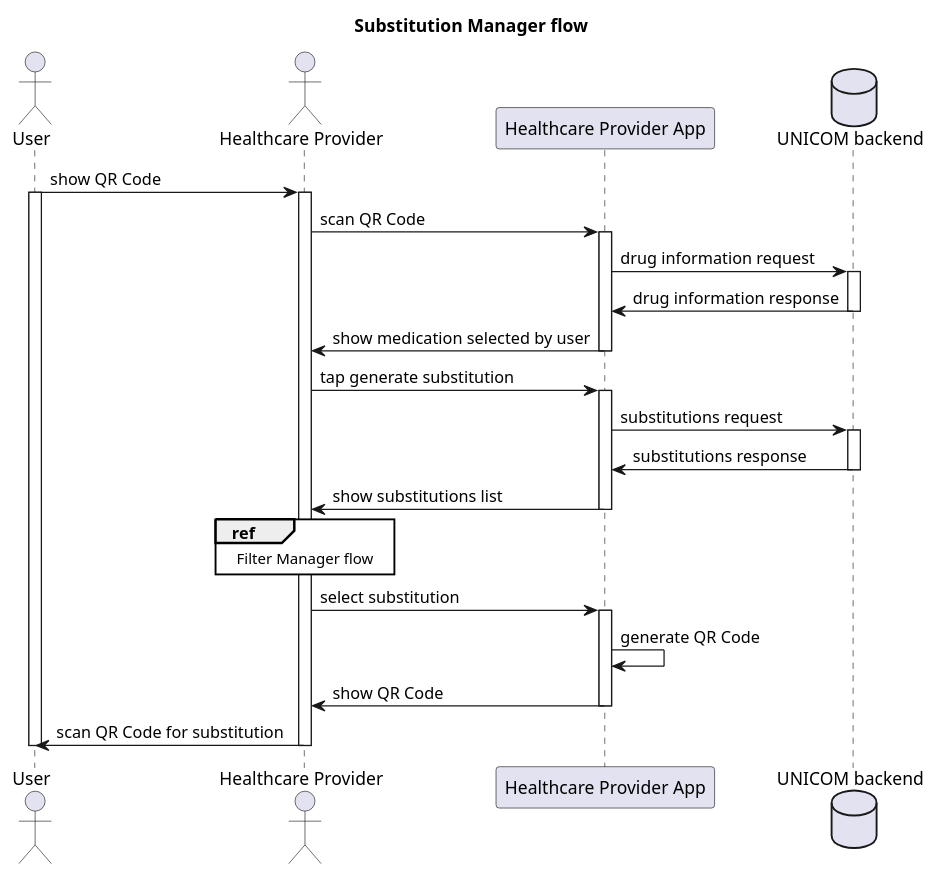
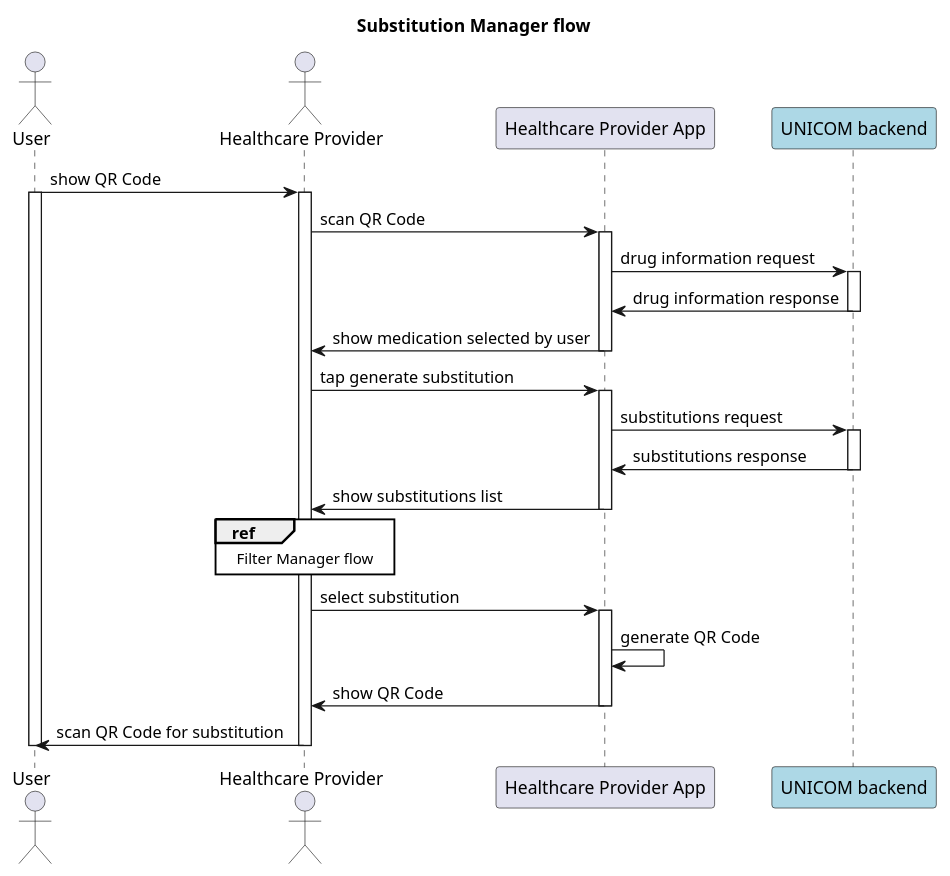
The diagram in uml/flow/substitution_flow.puml (Datawizard-srl/UNICOM_healthcare_provider_app), drawn with PlantUML before and after one commit. The commit also changed 3 other files, not shown here.

Commit message:
fix uml diagrams

```diff
--- a/uml/flow/substitution_flow.puml
+++ b/uml/flow/substitution_flow.puml
@@ -1,45 +1,45 @@
 @startuml
 skinparam sequenceReferenceBackgroundColor white
 
 title "Substitution Manager flow"
 actor "User" as user
 actor "Healthcare Provider" as hc
 participant "Healthcare Provider App" as hc_app
-database "UNICOM backend" as be
+participant "UNICOM backend" as be #lightblue
 
 user -> hc: show QR Code
 activate user
     activate hc
     hc -> hc_app: scan QR Code
         activate hc_app
             hc_app -> be: drug information request
             activate be
             hc_app <- be: drug information response
             deactivate be
 
         hc <- hc_app: show medication selected by user
         deactivate hc_app
         hc -> hc_app: tap generate substitution
         activate hc_app
             hc_app -> be: substitutions request
             activate be
             hc_app <- be: substitutions response
             deactivate be
 
         hc <- hc_app: show substitutions list
         ref over hc
             Filter Manager flow
         endref
         deactivate hc_app
         hc -> hc_app: select substitution
         activate hc_app
             hc_app -> hc_app: generate QR Code
         hc <- hc_app: show QR Code
         deactivate hc_app
     user <- hc: scan QR Code for substitution
     deactivate hc
 deactivate user
 
 
 
 @enduml
```
